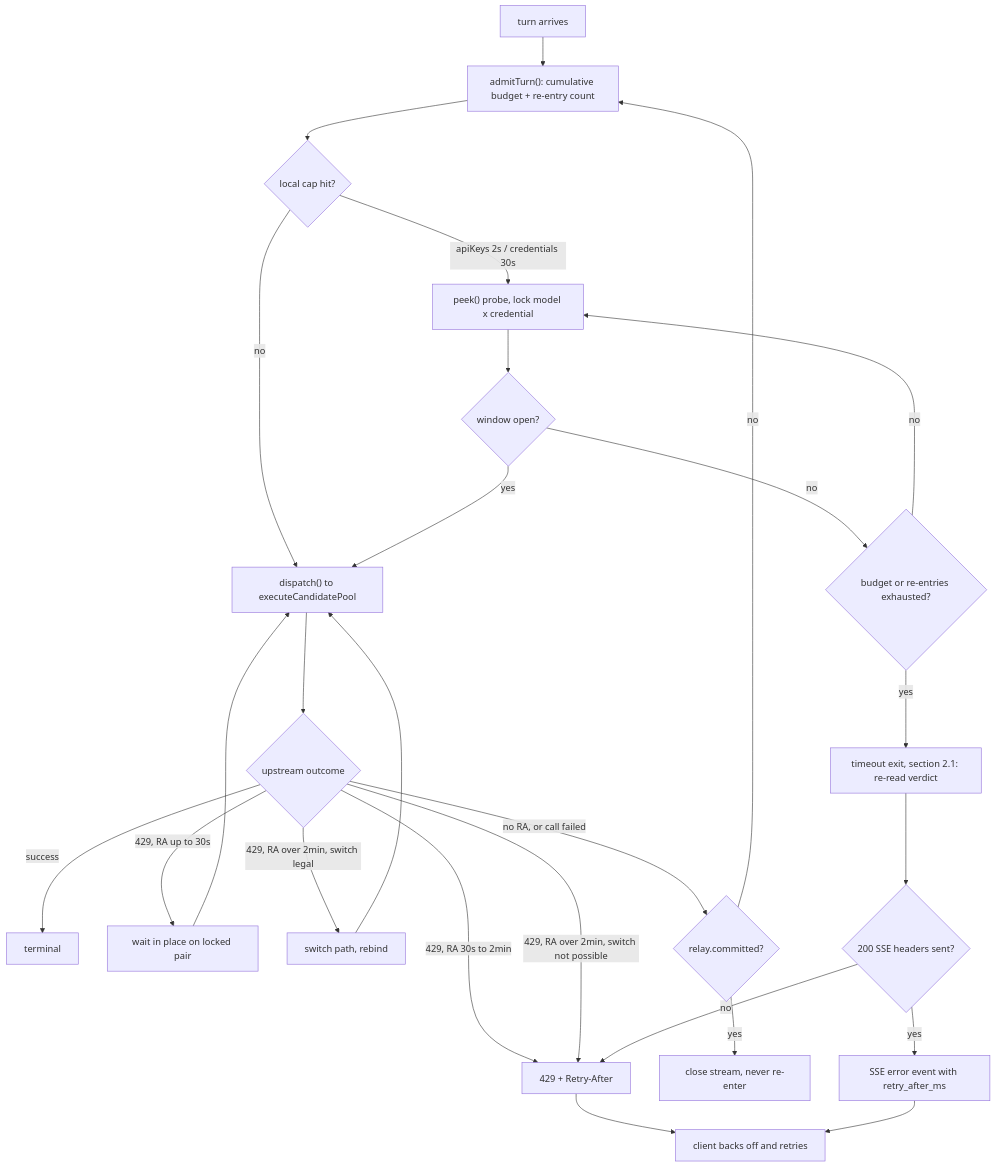
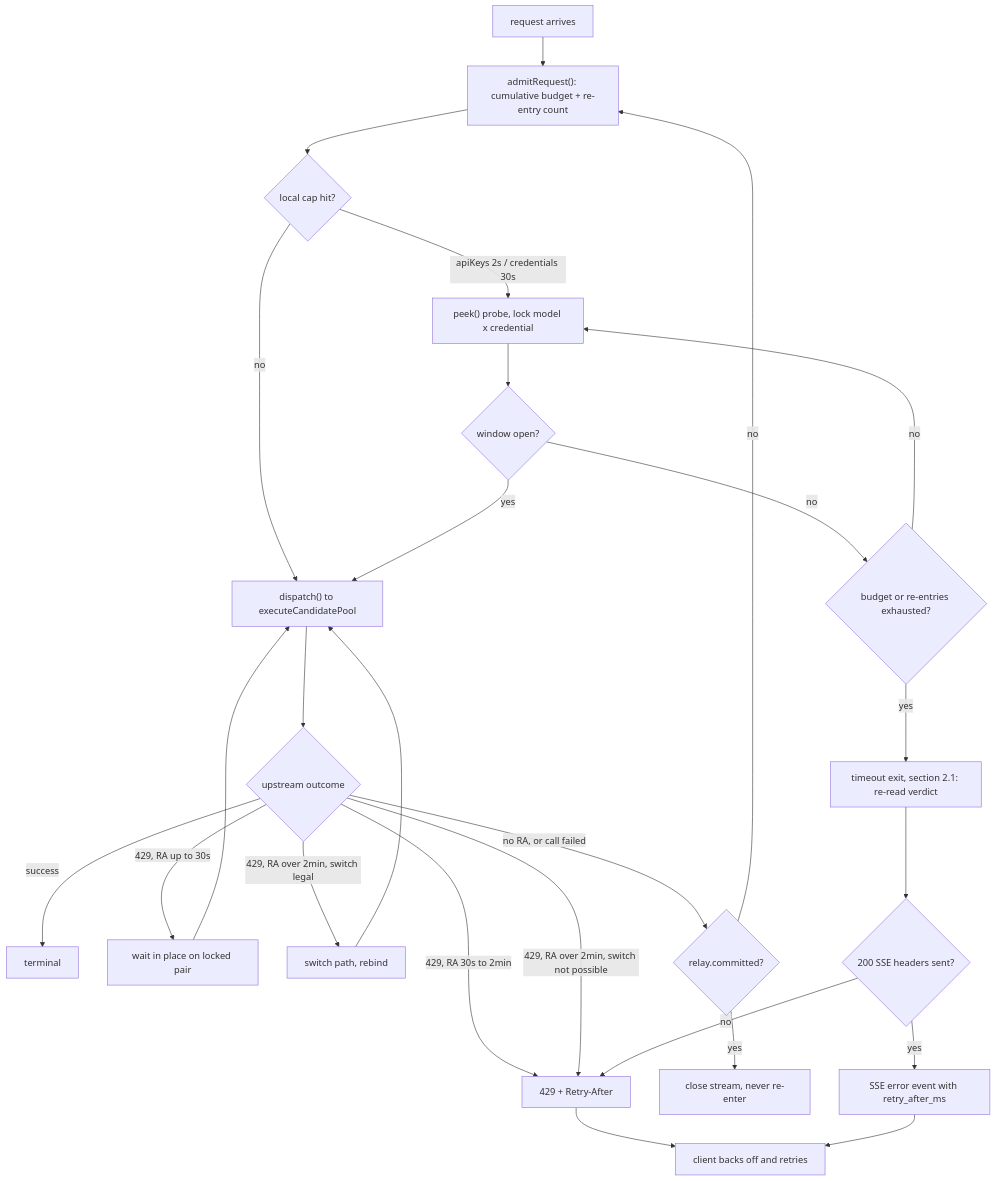
One commit to kenlin8827/omnicell-router changed the diagram in docs/adr/0023-rate-limit-waiting-and-reentrant-admission.md. Above: the diagram before and after it, drawn with Mermaid. The commit also changed other lines of this file and 52 other files, not shown here.

````diff
--- a/docs/adr/0023-rate-limit-waiting-and-reentrant-admission.md
+++ b/docs/adr/0023-rate-limit-waiting-and-reentrant-admission.md
@@ -82,28 +86,28 @@
 ```mermaid
 flowchart TD
-  A["turn arrives"] --> B["admitTurn(): cumulative budget + re-entry count"]
+  A["request arrives"] --> B["admitRequest(): cumulative budget + re-entry count"]
   B --> C{"local cap hit?"}
   C -->|"no"| D["dispatch() to executeCandidatePool"]
   C -->|"apiKeys 2s / credentials 30s"| E["peek() probe, lock model x credential"]
   E --> F{"window open?"}
   F -->|"yes"| D
   F -->|"no"| G{"budget or re-entries exhausted?"}
   G -->|"no"| E
   G -->|"yes"| X["timeout exit, section 2.1: re-read verdict"]
   D --> H{"upstream outcome"}
   H -->|"success"| OK["terminal"]
   H -->|"429, RA up to 30s"| I["wait in place on locked pair"]
   I --> D
   H -->|"429, RA 30s to 2min"| J["429 + Retry-After"]
   H -->|"429, RA over 2min, switch legal"| K["switch path, rebind"]
   K --> D
   H -->|"429, RA over 2min, switch not possible"| J
   H -->|"no RA, or call failed"| L{"relay.committed?"}
   L -->|"no"| B
   L -->|"yes"| M["close stream, never re-enter"]
   X --> N{"200 SSE headers sent?"}
   N -->|"no"| J
   N -->|"yes"| O["SSE error event with retry_after_ms"]
   J --> CLI["client backs off and retries"]
   O --> CLI
 ```
````
